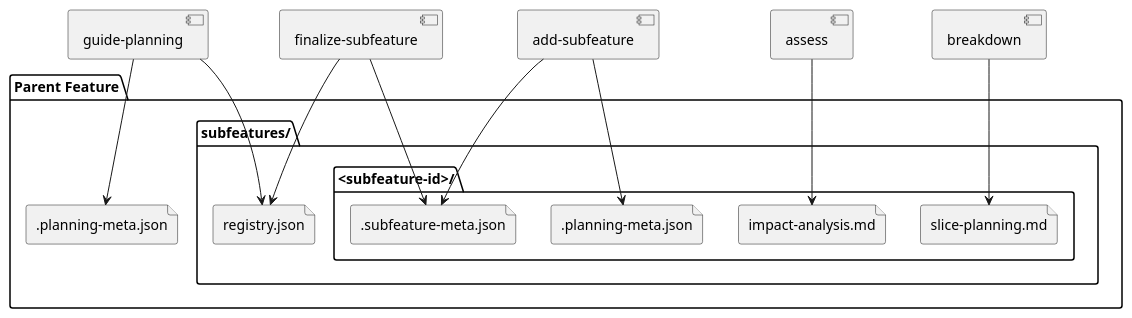
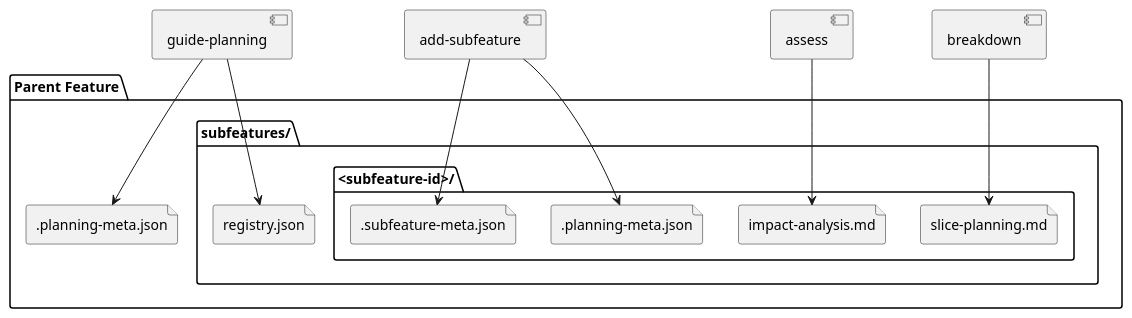
The diagram in docs/features/planning-workflow/subfeatures/subfeature-workflow/system-design.md (sirius-cc-wu/sirius-skills), drawn with PlantUML before and after one commit. The commit also changed other lines of this file and 16 other files, not shown here.

First line of the commit message:
skills: remove finalize-subfeature workflow

````diff
--- a/docs/features/planning-workflow/subfeatures/subfeature-workflow/system-design.md
+++ b/docs/features/planning-workflow/subfeatures/subfeature-workflow/system-design.md
@@ -185,25 +176,23 @@
 ```plantuml
 @startuml
 folder "Parent Feature" {
   file ".planning-meta.json" as ParentMeta
   folder "subfeatures/" {
     file "registry.json" as Registry
     folder "<subfeature-id>/" {
       file ".planning-meta.json" as ChildPlan
       file ".subfeature-meta.json" as ChildMeta
       file "impact-analysis.md" as Impact
       file "slice-planning.md" as Breakdown
     }
   }
 }
 
 [guide-planning] --> ParentMeta
 [guide-planning] --> Registry
 [add-subfeature] --> ChildPlan
 [add-subfeature] --> ChildMeta
 [assess] --> Impact
 [breakdown] --> Breakdown
-[finalize-subfeature] --> Registry
-[finalize-subfeature] --> ChildMeta
 @enduml
 ```
````
